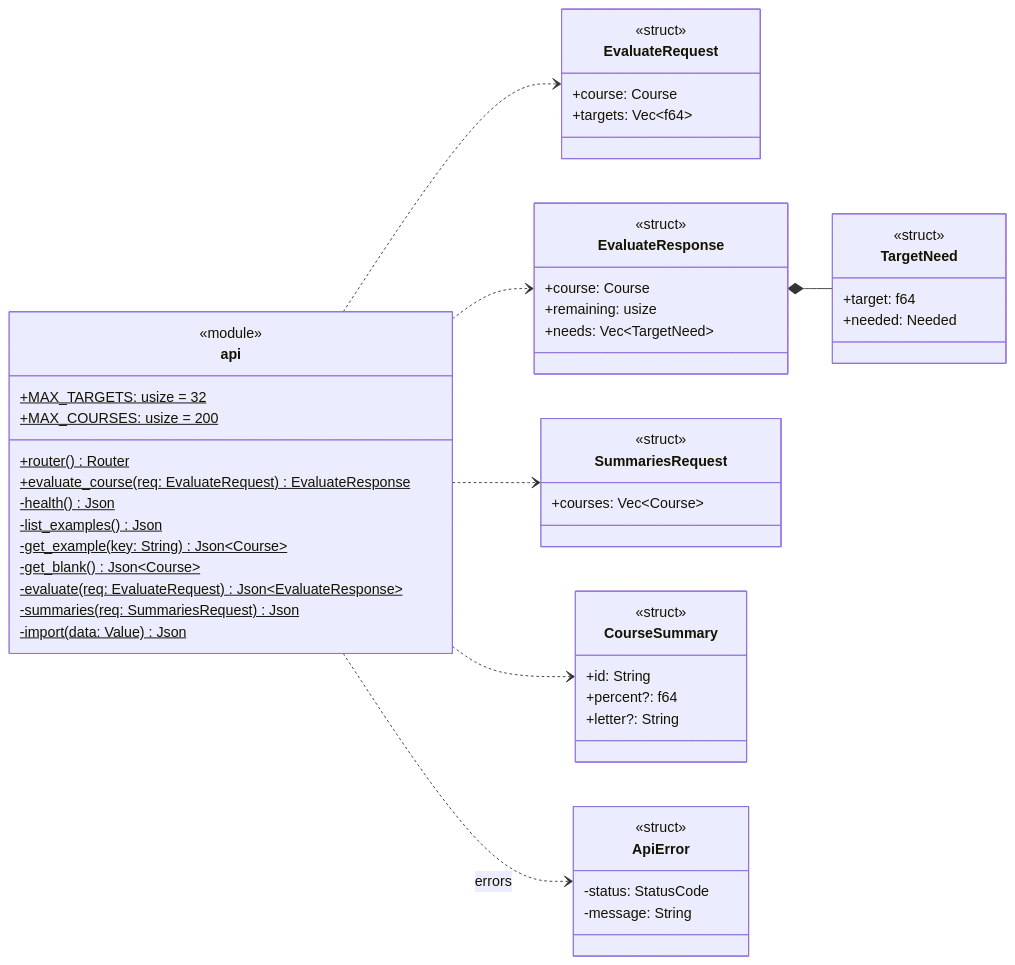
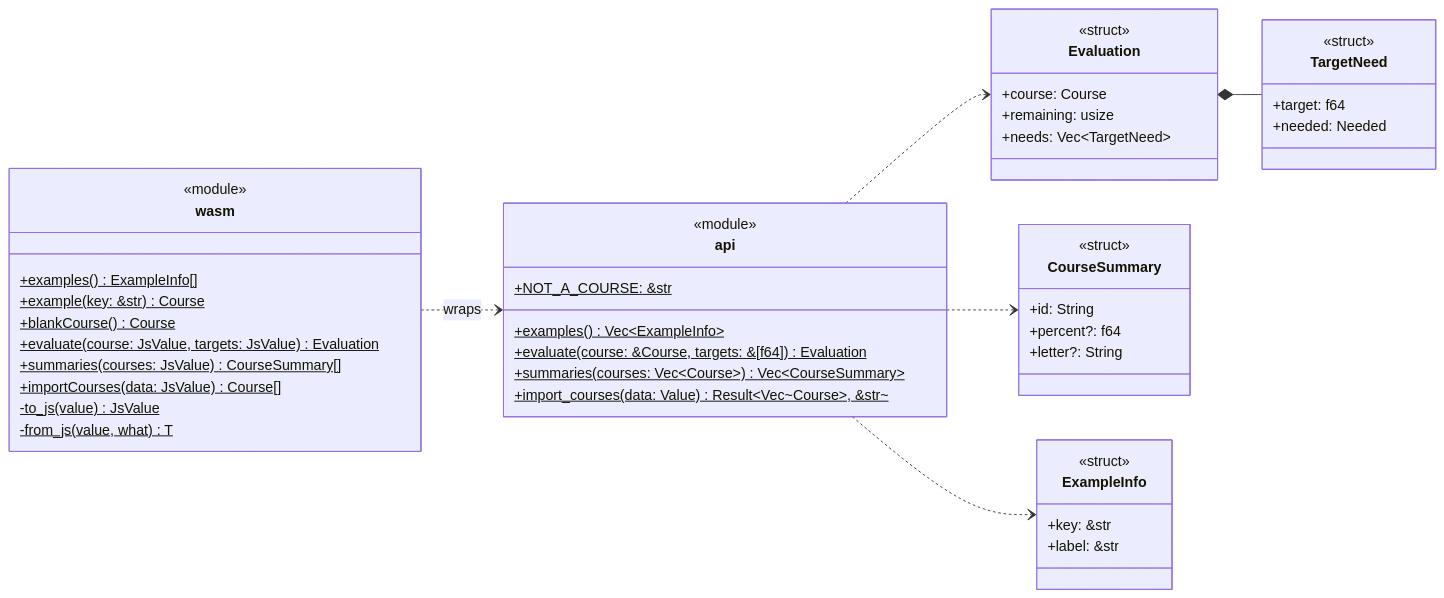
One commit to Patman1O1/grade-calculator changed the sixth of 8 diagrams in docs/uml.md. Above: the diagram before and after it, drawn with Mermaid. The commit also changed other lines of this file and 36 other files, not shown here.

````diff
--- a/docs/uml.md
+++ b/docs/uml.md
@@ -261,55 +263,50 @@
 ```mermaid
 classDiagram
   direction LR
+  class wasm {
+    <<module>>
+    +examples()$ ExampleInfo[]
+    +example(key: &str)$ Course
+    +blankCourse()$ Course
+    +evaluate(course: JsValue, targets: JsValue)$ Evaluation
+    +summaries(courses: JsValue)$ CourseSummary[]
+    +importCourses(data: JsValue)$ Course[]
+    -to_js(value)$ JsValue
+    -from_js(value, what)$ T
+  }
   class api {
     <<module>>
-    +MAX_TARGETS: usize = 32$
-    +MAX_COURSES: usize = 200$
-    +router()$ Router
-    +evaluate_course(req: EvaluateRequest)$ EvaluateResponse
-    -health()$ Json
-    -list_examples()$ Json
-    -get_example(key: String)$ Json~Course~
-    -get_blank()$ Json~Course~
-    -evaluate(req: EvaluateRequest)$ Json~EvaluateResponse~
-    -summaries(req: SummariesRequest)$ Json
-    -import(data: Value)$ Json
+    +NOT_A_COURSE: &str$
+    +examples()$ Vec~ExampleInfo~
+    +evaluate(course: &Course, targets: &[f64])$ Evaluation
+    +summaries(courses: Vec~Course~)$ Vec~CourseSummary~
+    +import_courses(data: Value)$ Result~Vec~Course~, &str~
   }
-  class EvaluateRequest {
-    <<struct>>
-    +course: Course
-    +targets: Vec~f64~
-  }
-  class EvaluateResponse {
+  class Evaluation {
     <<struct>>
     +course: Course
     +remaining: usize
     +needs: Vec~TargetNeed~
   }
   class TargetNeed {
     <<struct>>
     +target: f64
     +needed: Needed
   }
-  class SummariesRequest {
-    <<struct>>
-    +courses: Vec~Course~
-  }
   class CourseSummary {
     <<struct>>
     +id: String
     +percent?: f64
     +letter?: String
   }
-  class ApiError {
+  class ExampleInfo {
     <<struct>>
-    -status: StatusCode
-    -message: String
+    +key: &str
+    +label: &str
   }
-  api ..> EvaluateRequest
-  api ..> EvaluateResponse
-  EvaluateResponse *-- TargetNeed
-  api ..> SummariesRequest
+  wasm ..> api : wraps
+  api ..> Evaluation
+  Evaluation *-- TargetNeed
   api ..> CourseSummary
-  api ..> ApiError : errors
+  api ..> ExampleInfo
 ```
````
